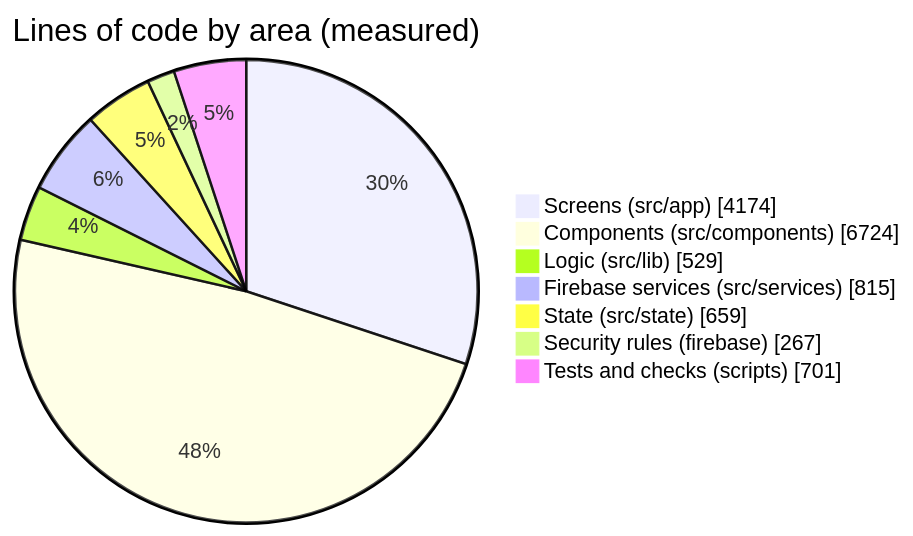
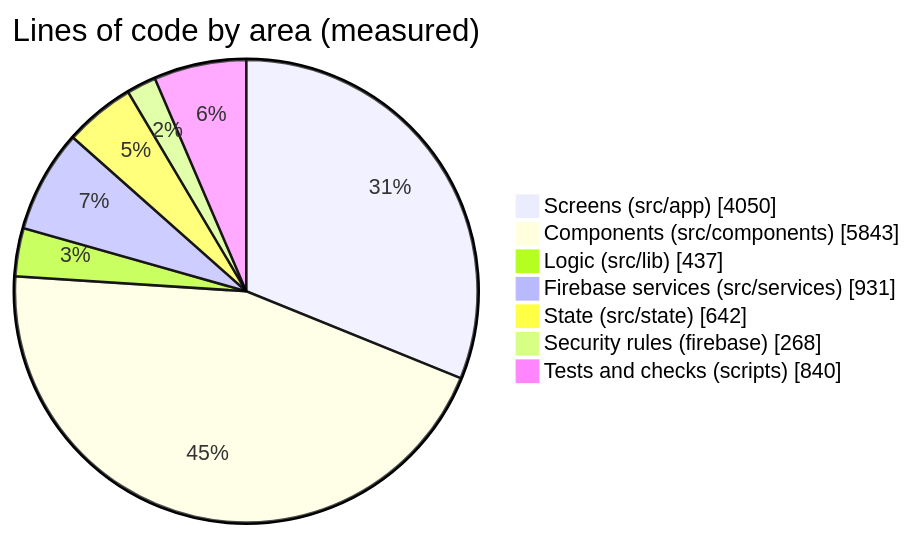
Before and after one commit to s-k-28/heatsense: diagram 15 of 16 in README.md, drawn with Mermaid. The commit also changed other lines of this file, not shown here.

````diff
--- a/README.md
+++ b/README.md
@@ -703,11 +735,11 @@
 ```mermaid
 pie showData
     title Lines of code by area (measured)
-    "Screens (src/app)" : 4174
-    "Components (src/components)" : 6724
-    "Logic (src/lib)" : 529
-    "Firebase services (src/services)" : 815
-    "State (src/state)" : 659
-    "Security rules (firebase)" : 267
-    "Tests and checks (scripts)" : 701
+    "Screens (src/app)" : 4050
+    "Components (src/components)" : 5843
+    "Logic (src/lib)" : 437
+    "Firebase services (src/services)" : 931
+    "State (src/state)" : 642
+    "Security rules (firebase)" : 268
+    "Tests and checks (scripts)" : 840
 ```
````
